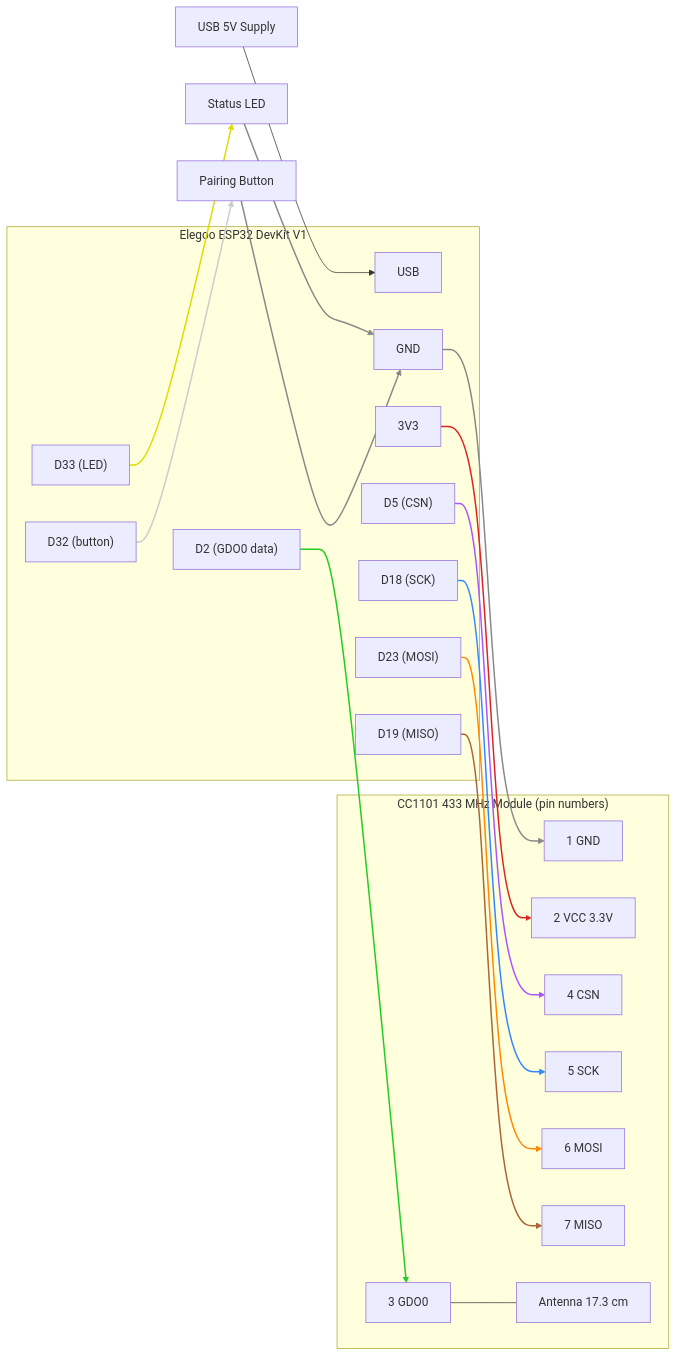
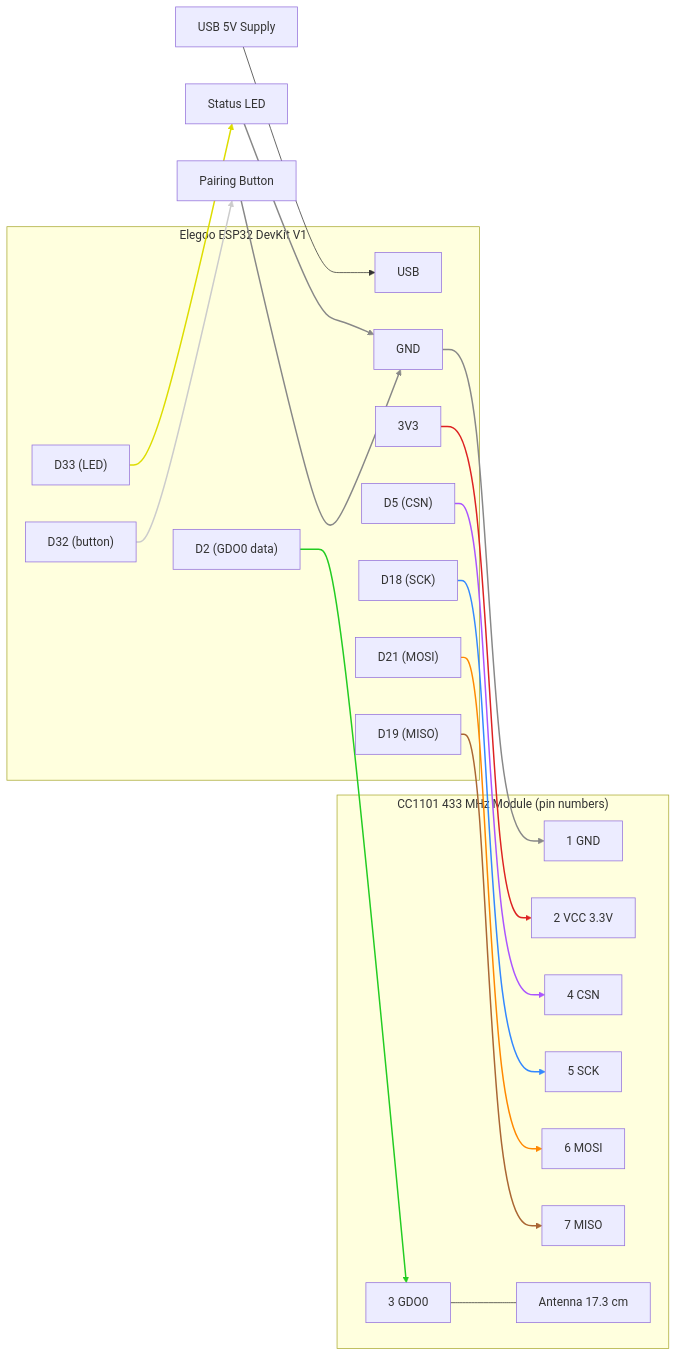
One commit to tillig/somfy-matter-remote changed the diagram in docs/hardware.md. Above: the diagram before and after it, drawn with Mermaid. The commit also changed other lines of this file and 2 other files, not shown here.

````diff
--- a/docs/hardware.md
+++ b/docs/hardware.md
@@ -113,55 +113,55 @@
 ```mermaid
 flowchart LR
     usb["USB 5V Supply"] --> esp32_usb
     subgraph esp32["Elegoo ESP32 DevKit V1"]
       esp32_usb["USB"]
       esp32_3v3["3V3"]
       esp32_gnd["GND"]
       esp32_d2["D2 (GDO0 data)"]
       esp32_d5["D5 (CSN)"]
       esp32_d18["D18 (SCK)"]
       esp32_d19["D19 (MISO)"]
-      esp32_d23["D23 (MOSI)"]
+      esp32_d21["D21 (MOSI)"]
       esp32_d32["D32 (button)"]
       esp32_d33["D33 (LED)"]
     end
     subgraph cc1101["CC1101 433 MHz Module (pin numbers)"]
       cc_gnd["1 GND"]
       cc_vcc["2 VCC 3.3V"]
       cc_gdo0["3 GDO0"]
       cc_csn["4 CSN"]
       cc_sck["5 SCK"]
       cc_mosi["6 MOSI"]
       cc_miso["7 MISO"]
       cc_ant["Antenna 17.3 cm"]
     end
 
     esp32_3v3 --> cc_vcc
     esp32_gnd --> cc_gnd
     esp32_d18 --> cc_sck
     esp32_d19 --> cc_miso
-    esp32_d23 --> cc_mosi
+    esp32_d21 --> cc_mosi
     esp32_d5 --> cc_csn
     esp32_d2 --> cc_gdo0
     cc_gdo0 --- cc_ant
 
     button["Pairing Button"]
     led["Status LED"]
     esp32_d32 --> button
     button --> esp32_gnd
     esp32_d33 --> led
     led --> esp32_gnd
 
     %% Edge colors match the as-built wire colors listed below the diagram.
     %% linkStyle indices are positional, counted from 0 in the order the edges
     %% are declared above, so adding or reordering an edge shifts them.
     linkStyle 1 stroke:#d22,stroke-width:2px
     linkStyle 2,10,12 stroke:#888,stroke-width:2px
     linkStyle 3 stroke:#38f,stroke-width:2px
     linkStyle 4 stroke:#a63,stroke-width:2px
     linkStyle 5 stroke:#f80,stroke-width:2px
     linkStyle 6 stroke:#a5f,stroke-width:2px
     linkStyle 7 stroke:#2c2,stroke-width:2px
     linkStyle 9 stroke:#ccc,stroke-width:2px
     linkStyle 11 stroke:#dd0,stroke-width:2px
 ```
````
